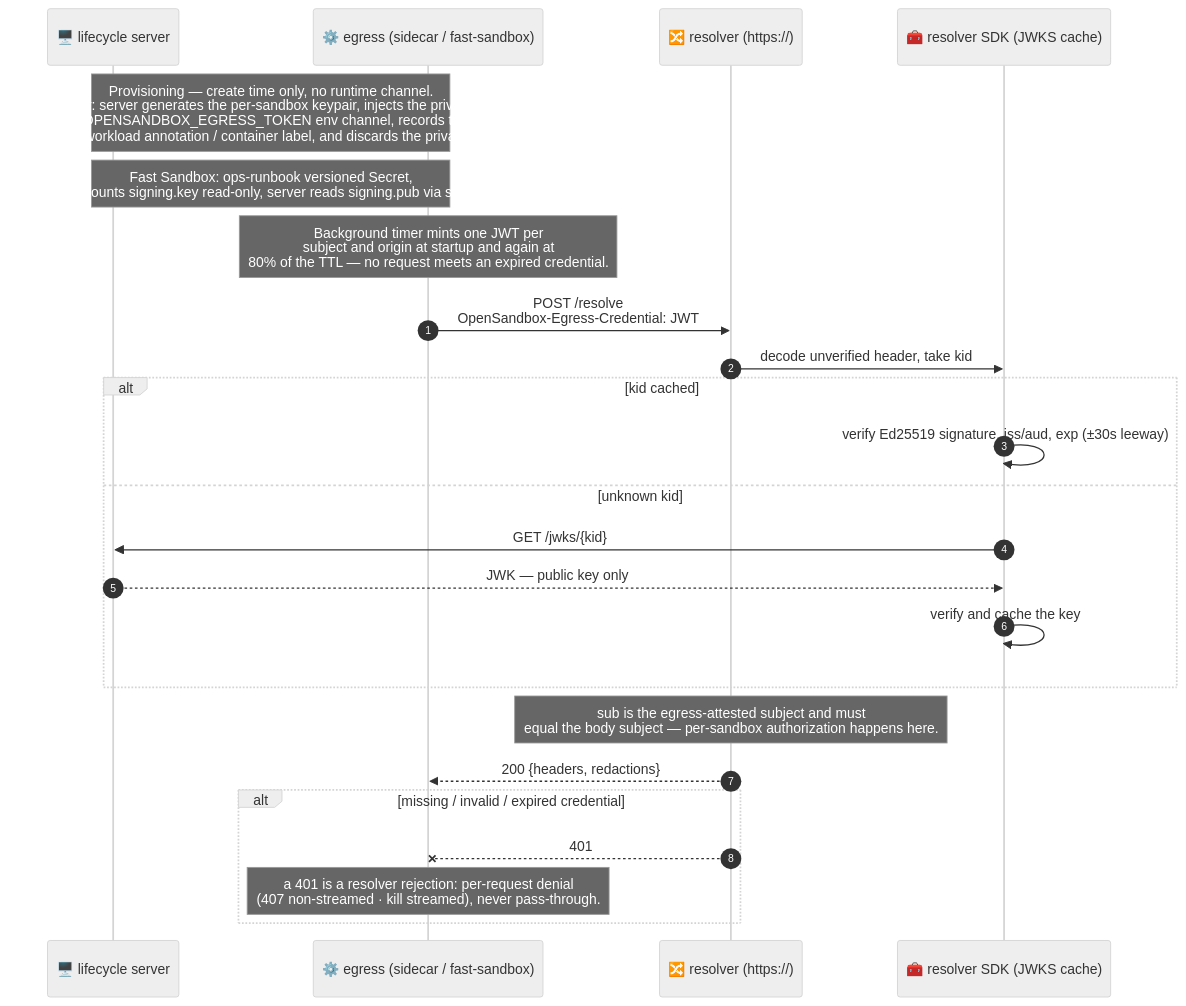
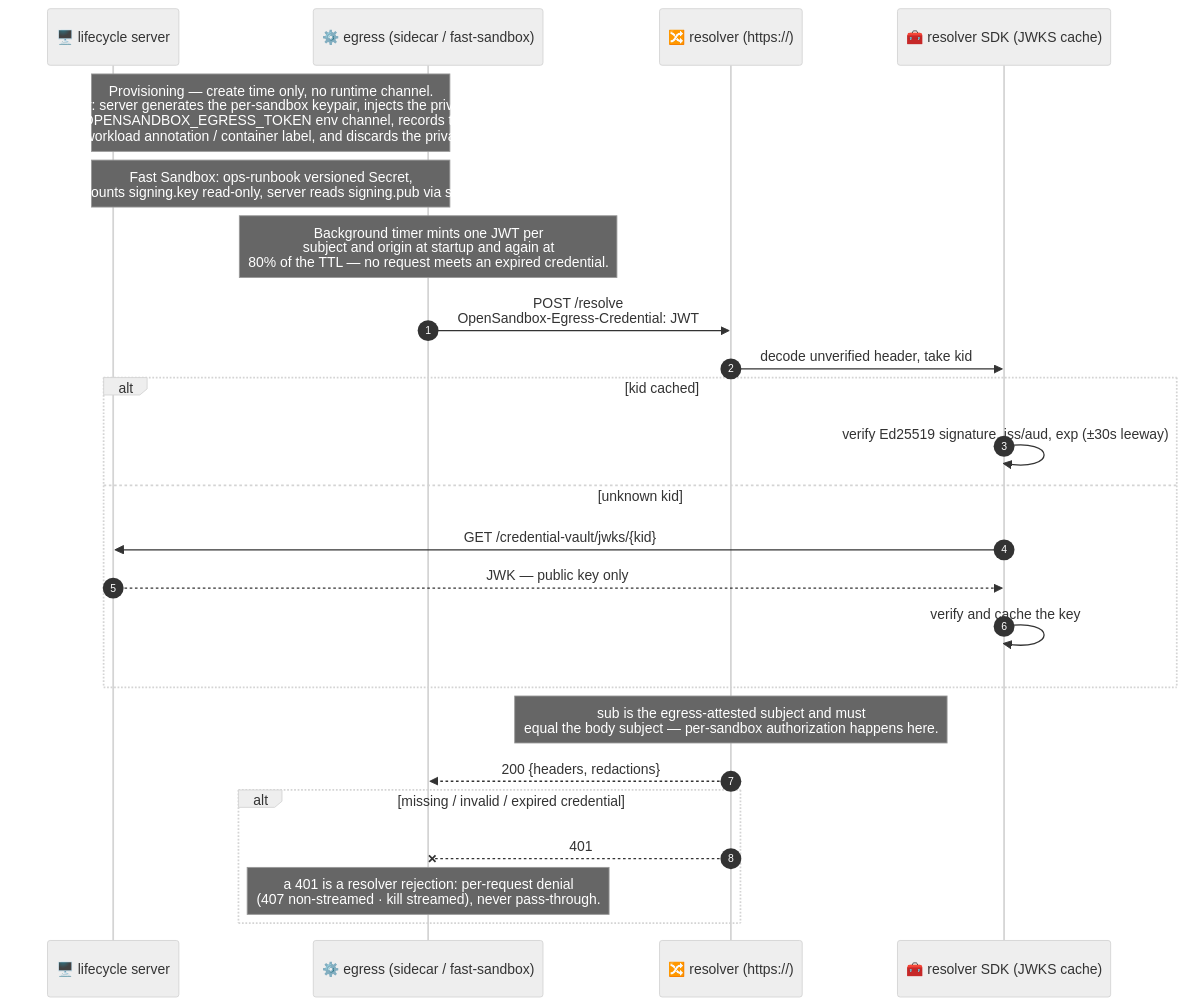
The fourth of 4 diagrams in oseps/0025-credential-vault-provider-spi.md (opensandbox-group/OpenSandbox), drawn with Mermaid (neutral theme) before and after one commit. The commit also changed other lines of this file and 10 other files, not shown here.

First line of the commit message:
api: namespace the JWKS endpoint under the credential vault (OSEP-0025)

````diff
--- a/oseps/0025-credential-vault-provider-spi.md
+++ b/oseps/0025-credential-vault-provider-spi.md
@@ -412,30 +412,30 @@
 ```mermaid
 sequenceDiagram
     autonumber
     participant Srv as 🖥️ lifecycle server
     participant Egr as ⚙️ egress (sidecar / fast-sandbox)
     participant Res as 🔀 resolver (https://)
     participant SDK as 🧰 resolver SDK (JWKS cache)
 
     Note over Srv,Egr: Provisioning — create time only, no runtime channel.<br/>Sidecar: server generates the per-sandbox keypair, injects the private key<br/>through the OPENSANDBOX_EGRESS_TOKEN env channel, records the public key<br/>in the workload annotation / container label, and discards the private key.
     Note over Srv,Egr: Fast Sandbox: ops-runbook versioned Secret,<br/>egress mounts signing.key read-only, server reads signing.pub via secretRef.
 
     Note over Egr: Background timer mints one JWT per<br/>subject and origin at startup and again at<br/>80% of the TTL — no request meets an expired credential.
 
     Egr->>Res: POST /resolve<br/>OpenSandbox-Egress-Credential: JWT
     Res->>SDK: decode unverified header, take kid
     alt kid cached
         SDK->>SDK: verify Ed25519 signature, iss/aud, exp (±30s leeway)
     else unknown kid
-        SDK->>Srv: GET /jwks/{kid}
+        SDK->>Srv: GET /credential-vault/jwks/{kid}
         Srv-->>SDK: JWK — public key only
         SDK->>SDK: verify and cache the key
     end
     Note over Res: sub is the egress-attested subject and must<br/>equal the body subject — per-sandbox authorization happens here.
     Res-->>Egr: 200 {headers, redactions}
 
     alt missing / invalid / expired credential
         Res--xEgr: 401
         Note over Egr: a 401 is a resolver rejection: per-request denial<br/>(407 non-streamed · kill streamed), never pass-through.
     end
 ```
````
